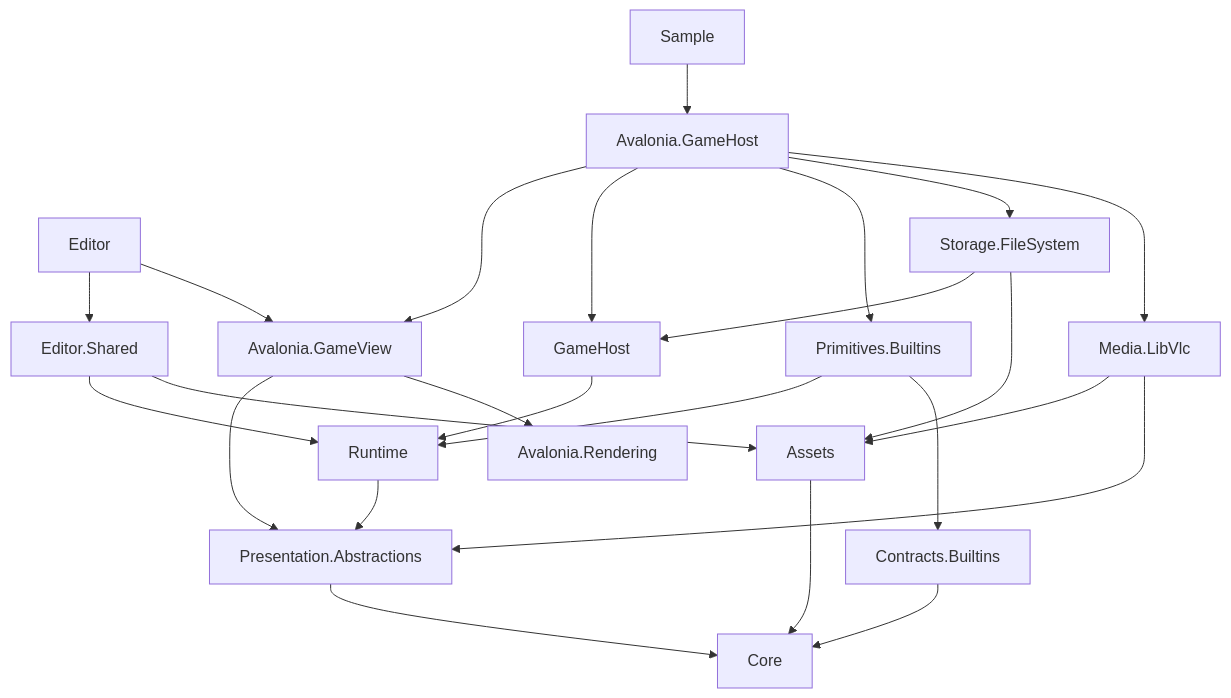
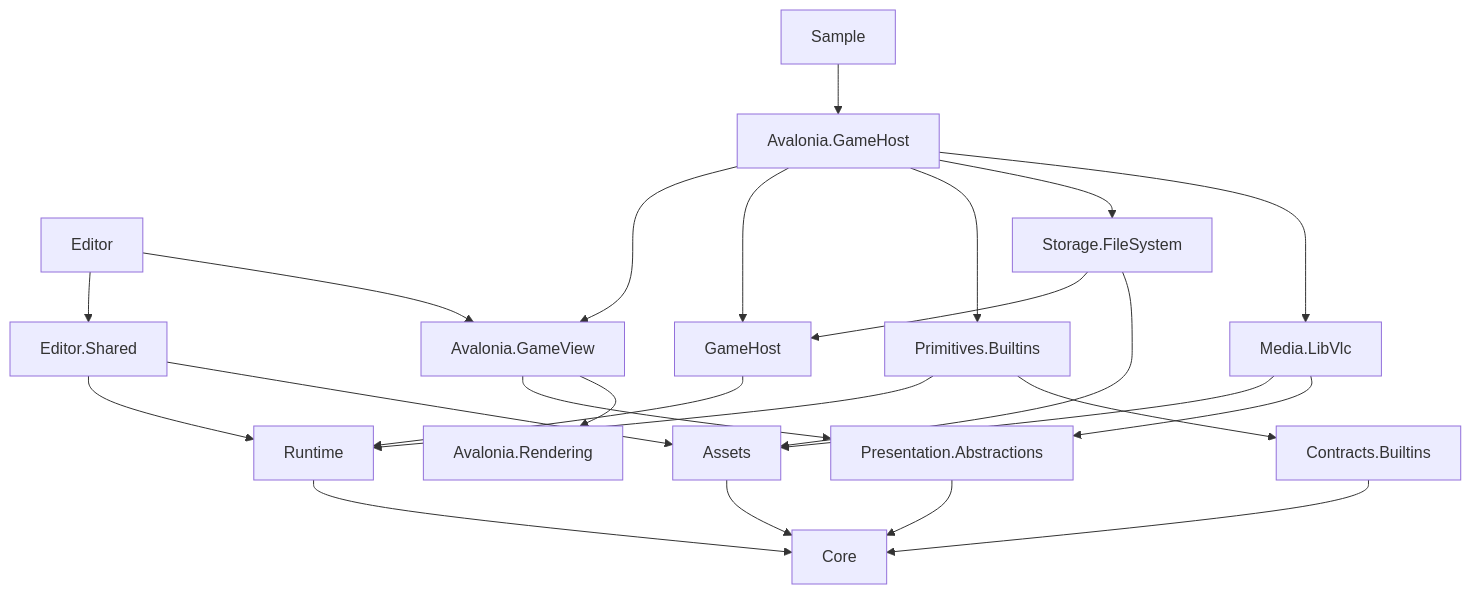
Before and after one commit to StarryXYJ/Gal.Net: the diagram in docs/spec/architecture.md, drawn with Mermaid. The commit also changed other lines of this file and 88 other files, not shown here.

First line of the commit message:
refactor(runtime): move execution contracts into core

````diff
--- a/docs/spec/architecture.md
+++ b/docs/spec/architecture.md
@@ -25,26 +25,26 @@
 ```mermaid
 flowchart TB
     Sample[Sample] --> AvaloniaHost[Avalonia.GameHost]
     Editor[Editor] --> EditorShared[Editor.Shared]
     Editor --> GameView[Avalonia.GameView]
     EditorShared --> Runtime
     EditorShared --> Assets
     AvaloniaHost --> GameView
     AvaloniaHost --> Host[GameHost]
     AvaloniaHost --> Builtins[Primitives.Builtins]
     AvaloniaHost --> Storage[Storage.FileSystem]
     AvaloniaHost --> Media[Media.LibVlc]
     Host --> Runtime
     Builtins --> Runtime
     Builtins --> Contracts[Contracts.Builtins]
     Storage --> Host
     Storage --> Assets
     Media --> Assets
     Media --> Ports[Presentation.Abstractions]
     GameView --> Ports
     GameView --> Rendering[Avalonia.Rendering]
-    Runtime --> Ports
+    Runtime --> Core
     Ports --> Core
     Contracts --> Core
     Assets --> Core
 ```
````
